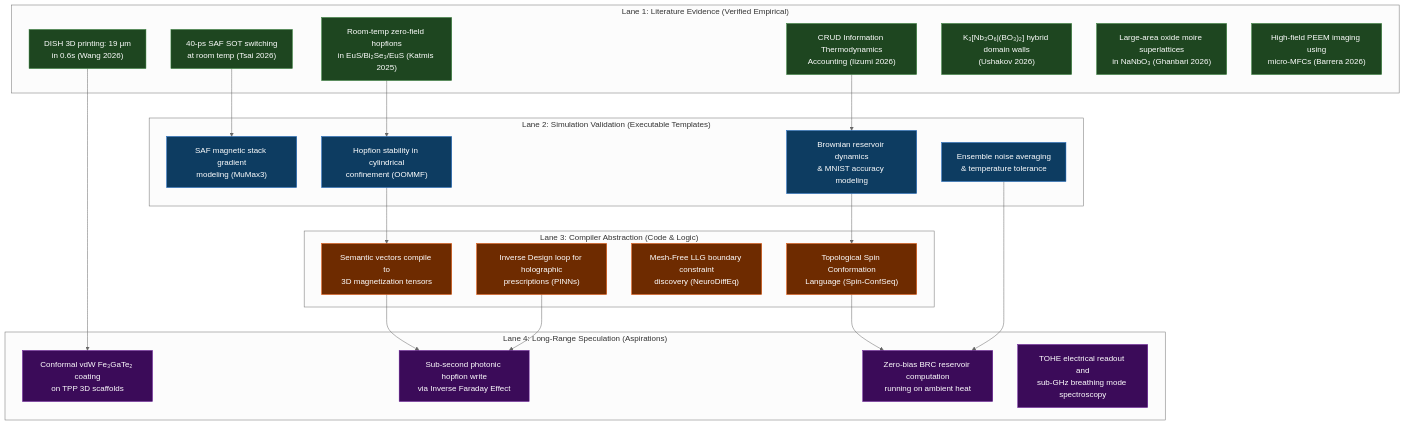
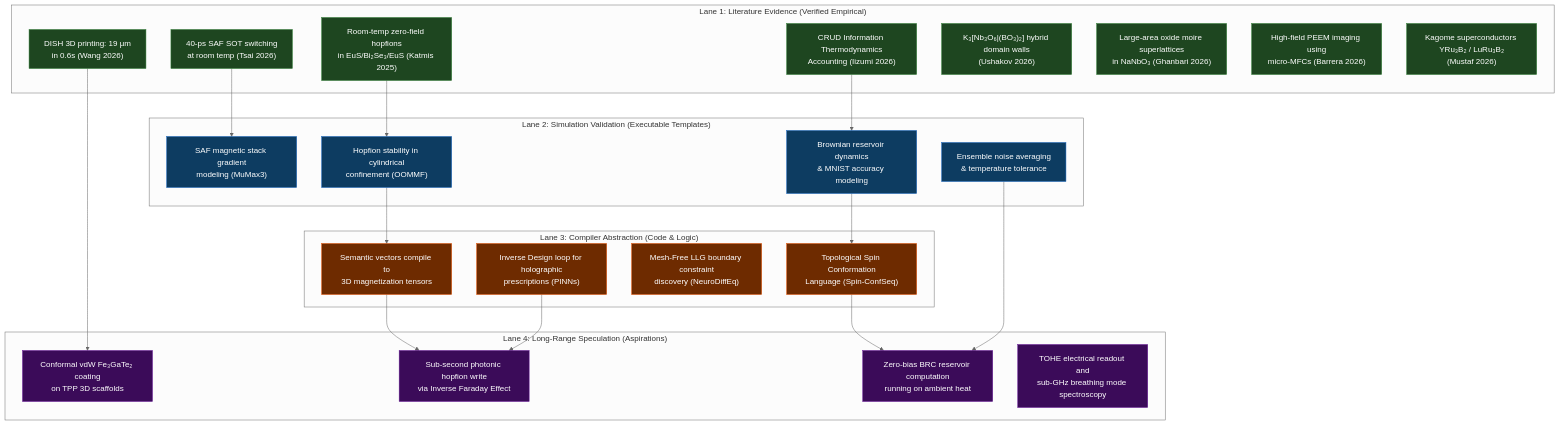
The diagram in app/src/content/docs/current/claims-matrix.mdx (myrqyry/HELIOS-3D), drawn with Mermaid (neutral theme) before and after one commit. The commit also changed other lines of this file and 8 other files, not shown here.

Commit message:
feat: ingest Mustaf et al. (2026) kagome flat-band superconductor research

````diff
--- a/app/src/content/docs/current/claims-matrix.mdx
+++ b/app/src/content/docs/current/claims-matrix.mdx
@@ -17,51 +17,52 @@
 ```mermaid
 graph TD
     %% Define Styles
     classDef lit fill:#1e4620,stroke:#2e7d32,color:#fff;
     classDef sim fill:#0d3c61,stroke:#1565c0,color:#fff;
     classDef comp fill:#6e2b00,stroke:#e65100,color:#fff;
     classDef spec fill:#3b0b59,stroke:#6a1b9a,color:#fff;
 
     subgraph Literature_Evidence ["Lane 1: Literature Evidence (Verified Empirical)"]
         L1["Room-temp zero-field hopfions<br>in EuS/Bi₂Se₃/EuS (Katmis 2025)"]:::lit
         L2["40-ps SAF SOT switching<br>at room temp (Tsai 2026)"]:::lit
         L3["DISH 3D printing: 19 µm<br>in 0.6s (Wang 2026)"]:::lit
         L4["CRUD Information Thermodynamics<br>Accounting (Iizumi 2026)"]:::lit
         L5["K₃[Nb₃O₆|(BO₃)₂] hybrid domain walls<br>(Ushakov 2026)"]:::lit
         L6["Large-area oxide moire superlattices<br>in NaNbO₃ (Ghanbari 2026)"]:::lit
         L7["High-field PEEM imaging using<br>micro-MFCs (Barrera 2026)"]:::lit
+        L8["Kagome superconductors YRu₃B₂ / LuRu₃B₂<br>(Mustaf 2026)"]:::lit
     end
 
     subgraph Simulation_Validation ["Lane 2: Simulation Validation (Executable Templates)"]
         S1["SAF magnetic stack gradient<br>modeling (MuMax3)"]:::sim
         S2["Hopfion stability in cylindrical<br>confinement (OOMMF)"]:::sim
         S3["Brownian reservoir dynamics<br>& MNIST accuracy modeling"]:::sim
         S4["Ensemble noise averaging<br>& temperature tolerance"]:::sim
     end
 
     subgraph Compiler_Abstraction ["Lane 3: Compiler Abstraction (Code & Logic)"]
         C1["Semantic vectors compile to<br>3D magnetization tensors"]:::comp
         C2["Topological Spin Conformation<br>Language (Spin-ConfSeq)"]:::comp
         C3["Mesh-Free LLG boundary constraint<br>discovery (NeuroDiffEq)"]:::comp
         C4["Inverse Design loop for holographic<br>prescriptions (PINNs)"]:::comp
     end
 
     subgraph Hardware_Speculation ["Lane 4: Long-Range Speculation (Aspirations)"]
         H1["Conformal vdW Fe₃GaTe₂ coating<br>on TPP 3D scaffolds"]:::spec
         H2["Sub-second photonic hopfion write<br>via Inverse Faraday Effect"]:::spec
         H3["Zero-bias BRC reservoir computation<br>running on ambient heat"]:::spec
         H4["TOHE electrical readout and<br>sub-GHz breathing mode spectroscopy"]:::spec
     end
 
     %% Connect lanes logically to show progression
     L1 --> S2
     L2 --> S1
     L3 --> H1
     L4 --> S3
     S2 --> C1
     S3 --> C2
     C1 --> H2
     C2 --> H3
     S4 --> H3
     C4 --> H2
 ```
````
